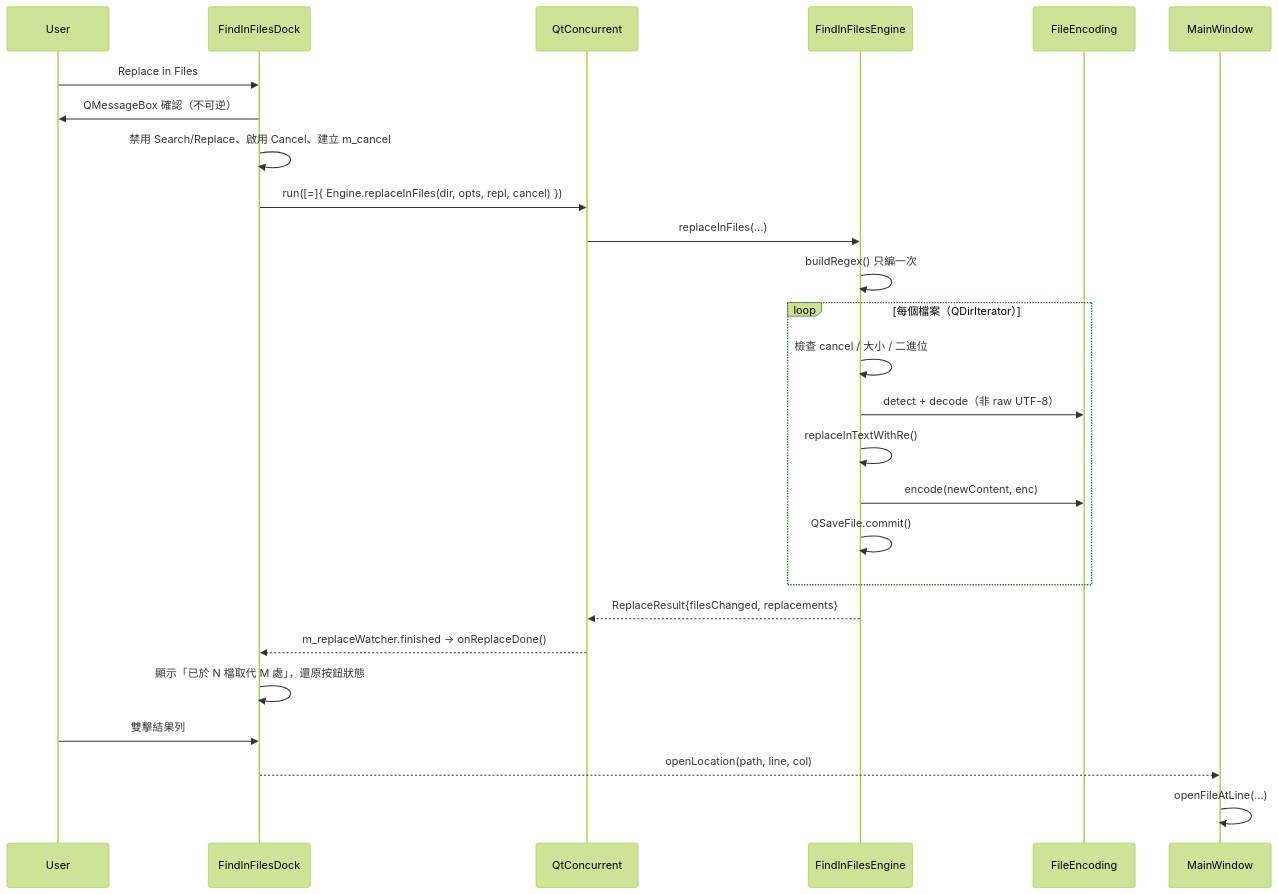
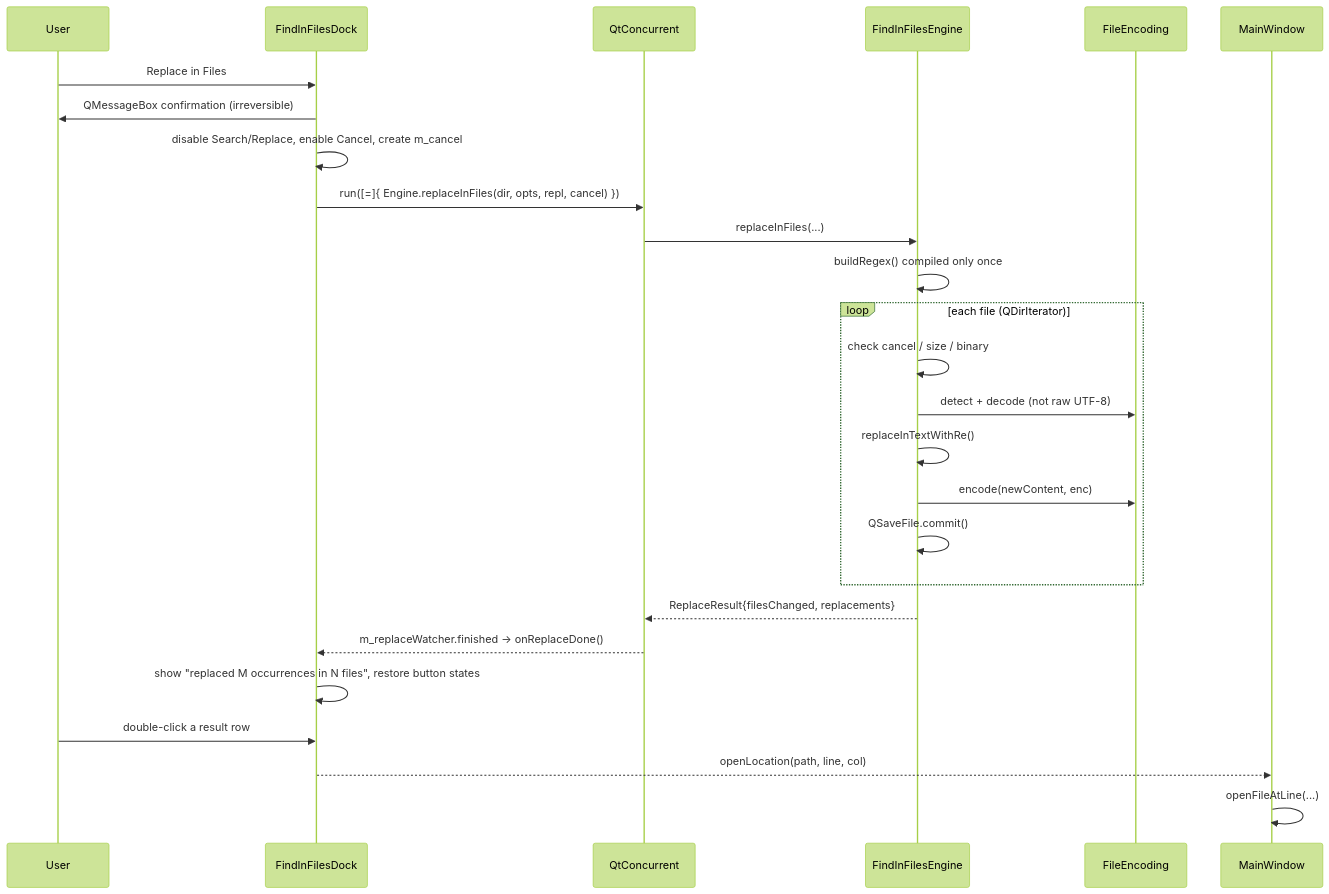
Before and after one commit to EddyKuo/macpadpp: diagram 14 of 23 in docs/design.md, drawn with Mermaid (forest theme). The commit also changed other lines of this file and 24 other files, not shown here.

````diff
--- a/docs/design.md
+++ b/docs/design.md
@@ -725,29 +753,29 @@
 ```mermaid
 sequenceDiagram
     participant User
     participant Dock as FindInFilesDock
     participant QC as QtConcurrent
     participant Eng as FindInFilesEngine
     participant FE as FileEncoding
     participant MW as MainWindow
 
     User->>Dock: Replace in Files
-    Dock->>User: QMessageBox 確認（不可逆）
-    Dock->>Dock: 禁用 Search/Replace、啟用 Cancel、建立 m_cancel
+    Dock->>User: QMessageBox confirmation (irreversible)
+    Dock->>Dock: disable Search/Replace, enable Cancel, create m_cancel
     Dock->>QC: run([=]{ Engine.replaceInFiles(dir, opts, repl, cancel) })
     QC->>Eng: replaceInFiles(...)
-    Eng->>Eng: buildRegex() 只編一次
-    loop 每個檔案（QDirIterator）
-        Eng->>Eng: 檢查 cancel / 大小 / 二進位
-        Eng->>FE: detect + decode（非 raw UTF-8）
+    Eng->>Eng: buildRegex() compiled only once
+    loop each file (QDirIterator)
+        Eng->>Eng: check cancel / size / binary
+        Eng->>FE: detect + decode (not raw UTF-8)
         Eng->>Eng: replaceInTextWithRe()
         Eng->>FE: encode(newContent, enc)
         Eng->>Eng: QSaveFile.commit()
     end
     Eng-->>QC: ReplaceResult{filesChanged, replacements}
     QC-->>Dock: m_replaceWatcher.finished → onReplaceDone()
-    Dock->>Dock: 顯示「已於 N 檔取代 M 處」，還原按鈕狀態
-    User->>Dock: 雙擊結果列
+    Dock->>Dock: show "replaced M occurrences in N files", restore button states
+    User->>Dock: double-click a result row
     Dock-->>MW: openLocation(path, line, col)
     MW->>MW: openFileAtLine(...)
 ```
````
